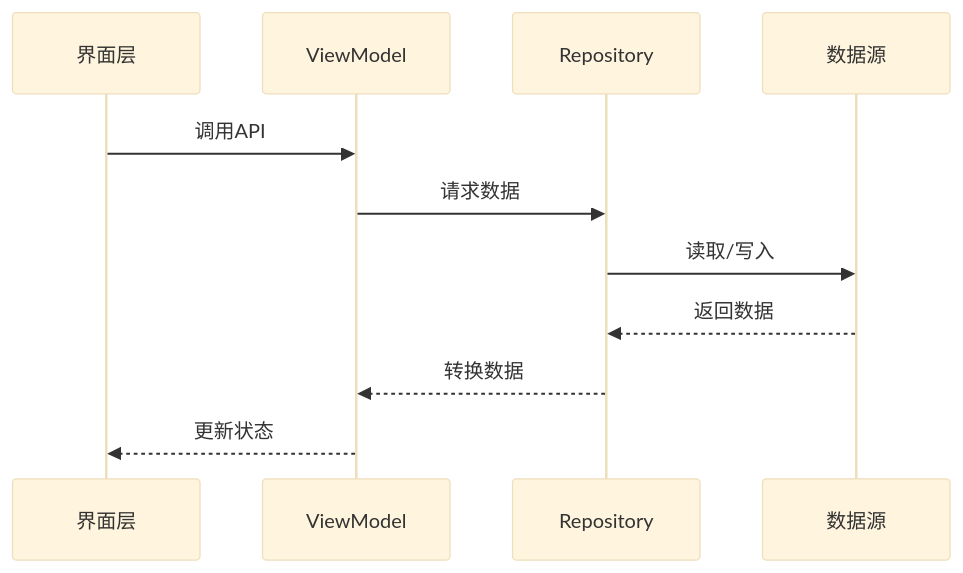
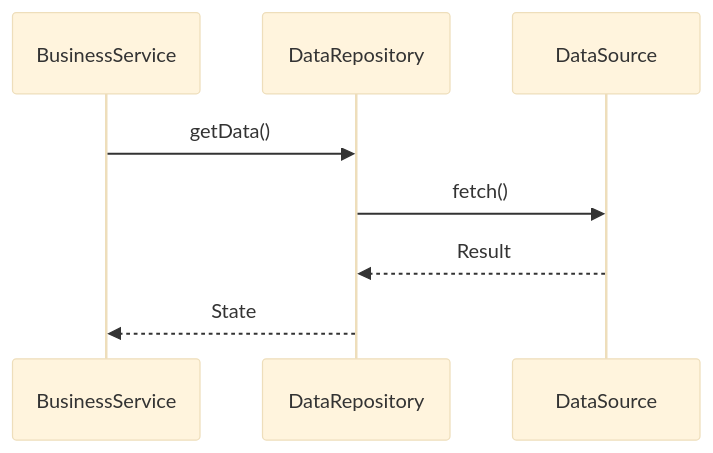
The sixth of 8 diagrams in references/mermaid-spec.md (CaostGrace/project-arch-reverse), drawn with Mermaid (base theme) before and after one commit. The commit also changed other lines of this file and 11 other files, not shown here.

Commit message:
feat: 为全部平台模板补充主要业务流程图章节，新增3072行代码示例，覆盖flutter/harmonyos/ios/java-backend/nodejs/react/vue七个平台，含Mermaid流程图、时序图、分层架构流程及业务流程汇总表

````diff
--- a/references/mermaid-spec.md
+++ b/references/mermaid-spec.md
@@ -109,14 +215,11 @@
 ```mermaid
 sequenceDiagram
-    participant UI as 界面层
-    participant VM as ViewModel
-    participant Repo as Repository
-    participant DS as 数据源
+    participant Logic as BusinessService
+    participant Repo as DataRepository
+    participant DS as DataSource
 
-    UI->>VM: 调用API
-    VM->>Repo: 请求数据
-    Repo->>DS: 读取/写入
-    DS-->>Repo: 返回数据
-    Repo-->>VM: 转换数据
-    VM-->>UI: 更新状态
+    Logic->>Repo: getData()
+    Repo->>DS: fetch()
+    DS-->>Repo: Result
+    Repo-->>Logic: State
 ```
````
